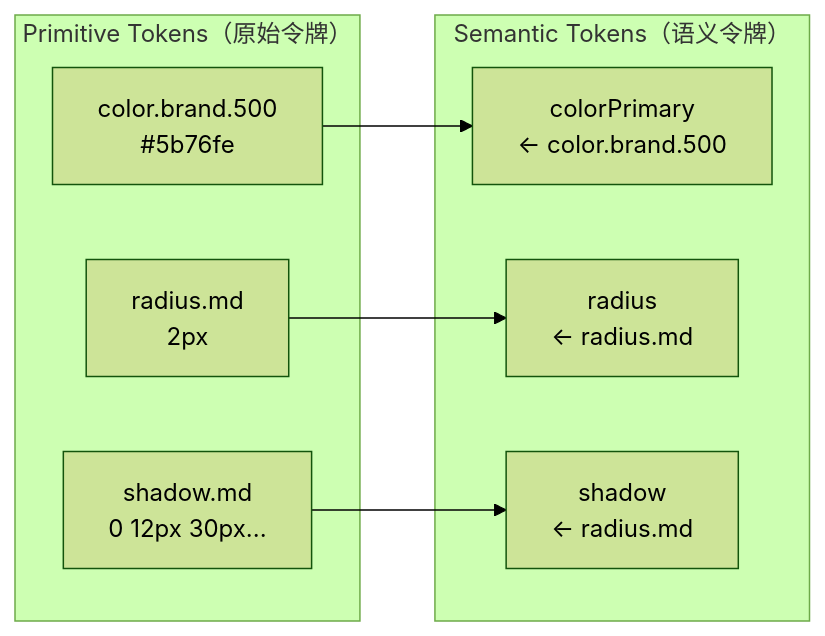
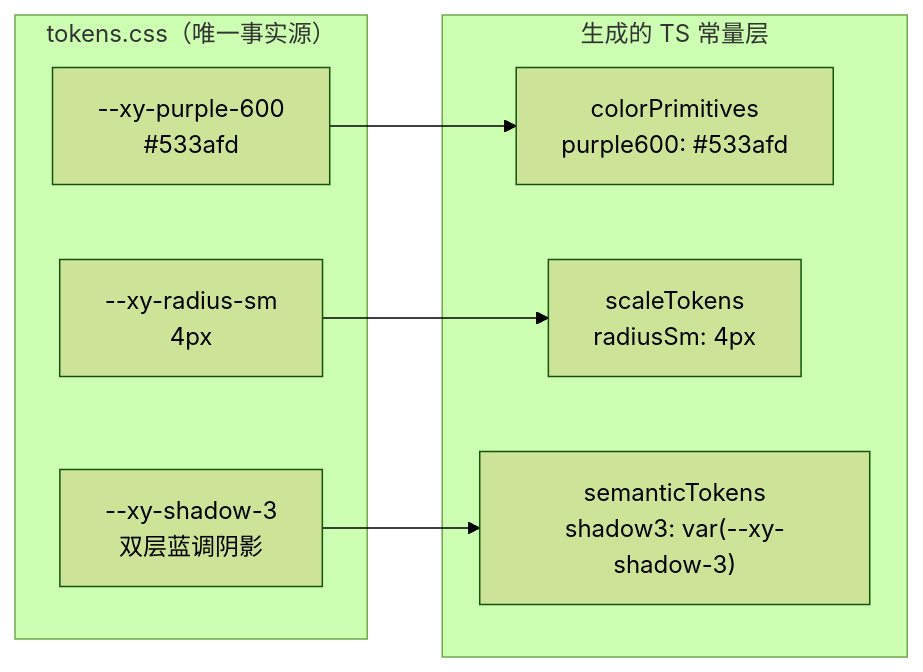
The second of 8 diagrams in apps/docs/column/guide/01-architecture-overview.md (zhangzhengyang27/xiaoye-components), drawn with Mermaid (forest theme) before and after one commit. The commit also changed other lines of this file and 397 other files, not shown here.

````diff
--- a/apps/docs/column/guide/01-architecture-overview.md
+++ b/apps/docs/column/guide/01-architecture-overview.md
@@ -74,18 +74,18 @@
 ```mermaid
 graph LR
-    subgraph "Primitive Tokens（原始令牌）"
-        P_Color["color.brand.500<br/>#5b76fe"]
-        P_Radius["radius.md<br/>2px"]
-        P_Shadow["shadow.md<br/>0 12px 30px..."]
+    subgraph "tokens.css（唯一事实源）"
+        P_Color["--xy-purple-600<br/>#533afd"]
+        P_Radius["--xy-radius-sm<br/>4px"]
+        P_Shadow["--xy-shadow-3<br/>双层蓝调阴影"]
     end
 
-    subgraph "Semantic Tokens（语义令牌）"
-        S_Primary["colorPrimary<br/>← color.brand.500"]
-        S_Radius["radius<br/>← radius.md"]
-        S_Shadow["shadow<br/>← radius.md"]
+    subgraph "生成的 TS 常量层"
+        S_Primary["colorPrimitives<br/>purple600: #533afd"]
+        S_Radius["scaleTokens<br/>radiusSm: 4px"]
+        S_Shadow["semanticTokens<br/>shadow3: var(--xy-shadow-3)"]
     end
 
     P_Color --> S_Primary
     P_Radius --> S_Radius
     P_Shadow --> S_Shadow
 ```
````
